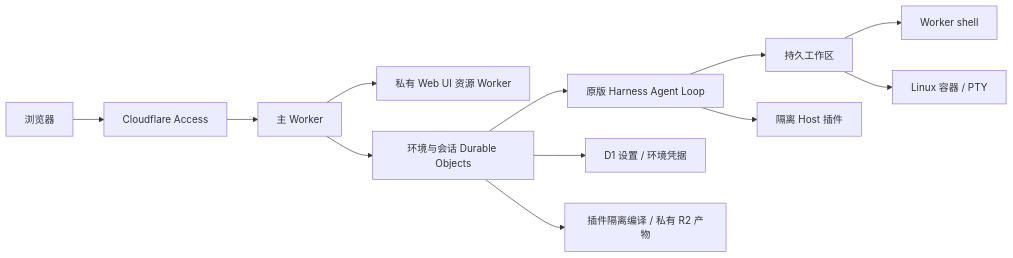
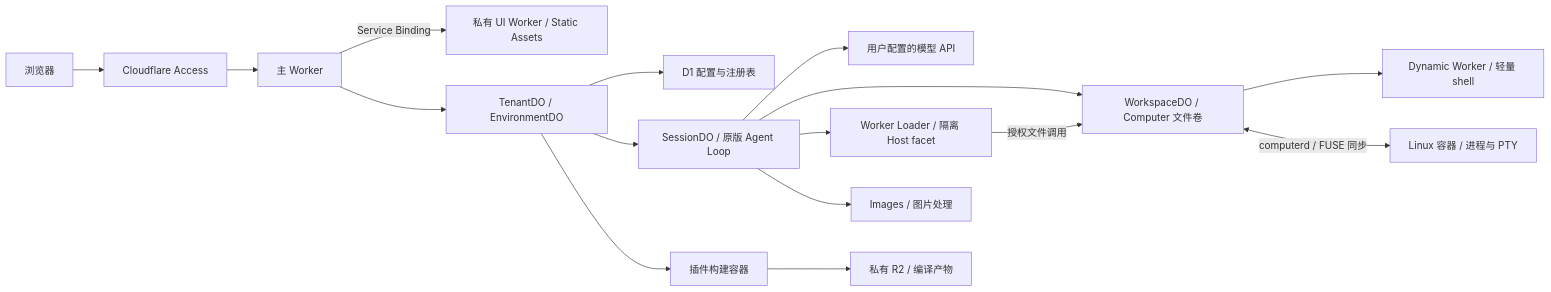
The diagram in README.md (lacia-hIE/Weft), drawn with Mermaid before and after one commit. The commit also changed other lines of this file, not shown here.

````diff
--- a/README.md
+++ b/README.md
@@ -49,14 +60,18 @@
 ```mermaid
 flowchart LR
     Browser[浏览器] --> Access[Cloudflare Access]
     Access --> Worker[主 Worker]
-    Worker --> UI[私有 Web UI 资源 Worker]
-    Worker --> Environment[环境与会话 Durable Objects]
-    Environment --> Agent[原版 Harness Agent Loop]
-    Environment --> Settings[D1 设置 / 环境凭据]
-    Agent --> Workspace[持久工作区]
-    Workspace --> Shell[Worker shell]
-    Workspace --> Container[Linux 容器 / PTY]
-    Environment --> Builder[插件隔离编译 / 私有 R2 产物]
-    Agent --> Plugins[隔离 Host 插件]
+    Worker -->|Service Binding| UI[私有 UI Worker / Static Assets]
+    Worker --> Environment[TenantDO / EnvironmentDO]
+    Environment --> Settings[D1 配置与注册表]
+    Environment --> Session[SessionDO / 原版 Agent Loop]
+    Session --> Model[用户配置的模型 API]
+    Session --> Workspace[WorkspaceDO / Computer 文件卷]
+    Workspace --> Shell[Dynamic Worker / 轻量 shell]
+    Workspace <-->|computerd / FUSE 同步| Container[Linux 容器 / 进程与 PTY]
+    Session --> Plugins[Worker Loader / 隔离 Host facet]
+    Plugins -->|授权文件调用| Workspace
+    Session --> Images[Images / 图片处理]
+    Environment --> Builder[插件构建容器]
+    Builder --> Artifacts[私有 R2 / 编译产物]
 ```
````
